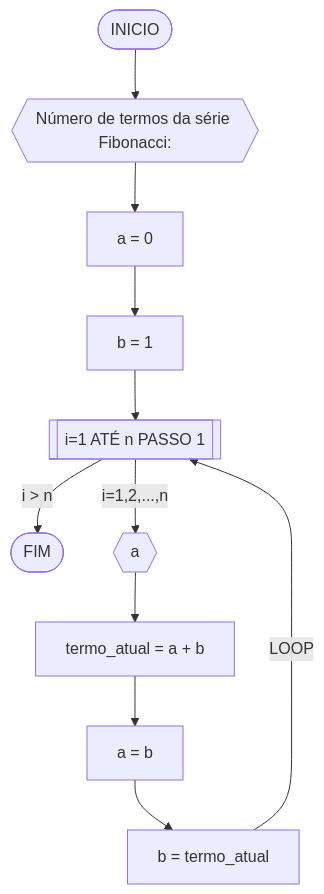
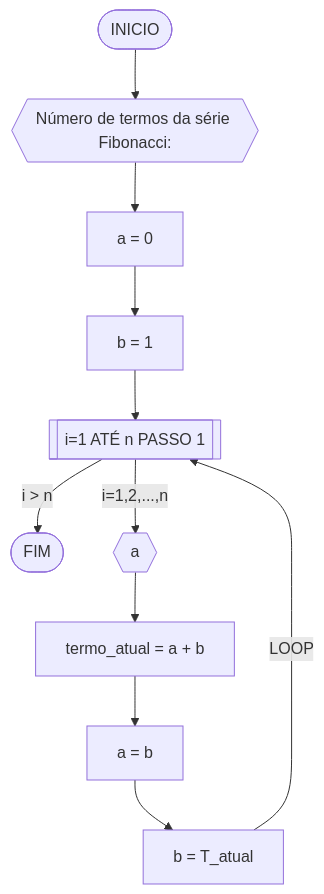
Before and after one commit to Kremmydi/unifor: the sixth of 7 diagrams in RLA/Unidade1/ResoluçãoAD1.md, drawn with Mermaid. The commit also changed other lines of this file, not shown here.

````diff
--- a/RLA/Unidade1/ResoluçãoAD1.md
+++ b/RLA/Unidade1/ResoluçãoAD1.md
@@ -273,13 +273,13 @@
 ```mermaid
 flowchart TD
 A([INICIO]) --> B{{"Número de termos da série Fibonacci:"}}
 B --> C[a = 0]
 C --> D[b = 1]
 D --> E[[i=1 ATÉ n PASSO 1]]
 E --"i > n"--> J([FIM])
 E --"i=1,2,...,n"--> F{{a}}
 F --> G[termo_atual = a + b]
 G --> H[a = b]
-H --> I[b = termo_atual]
+H --> I[b = T_atual]
 I --LOOP--> E 
 ```
````
